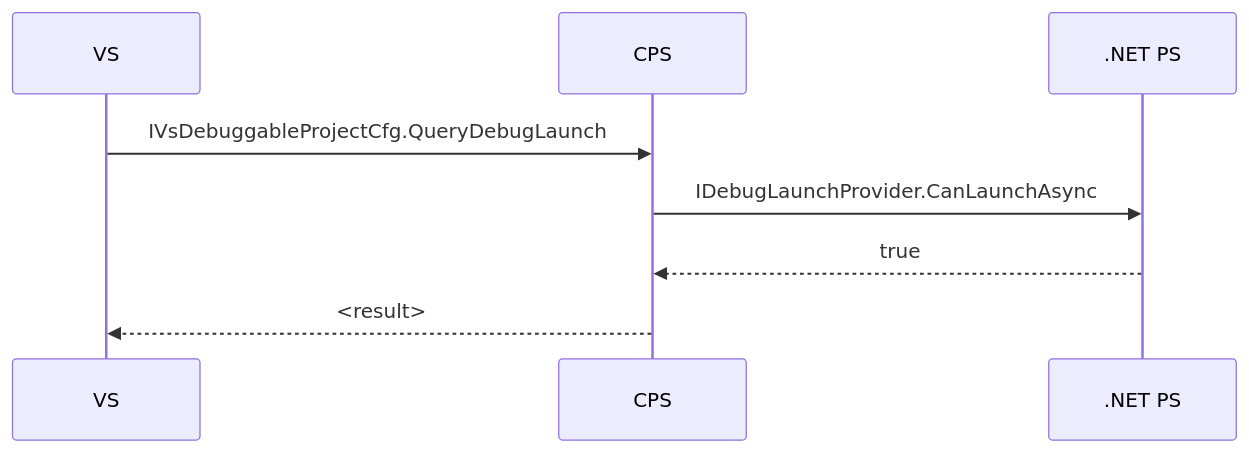
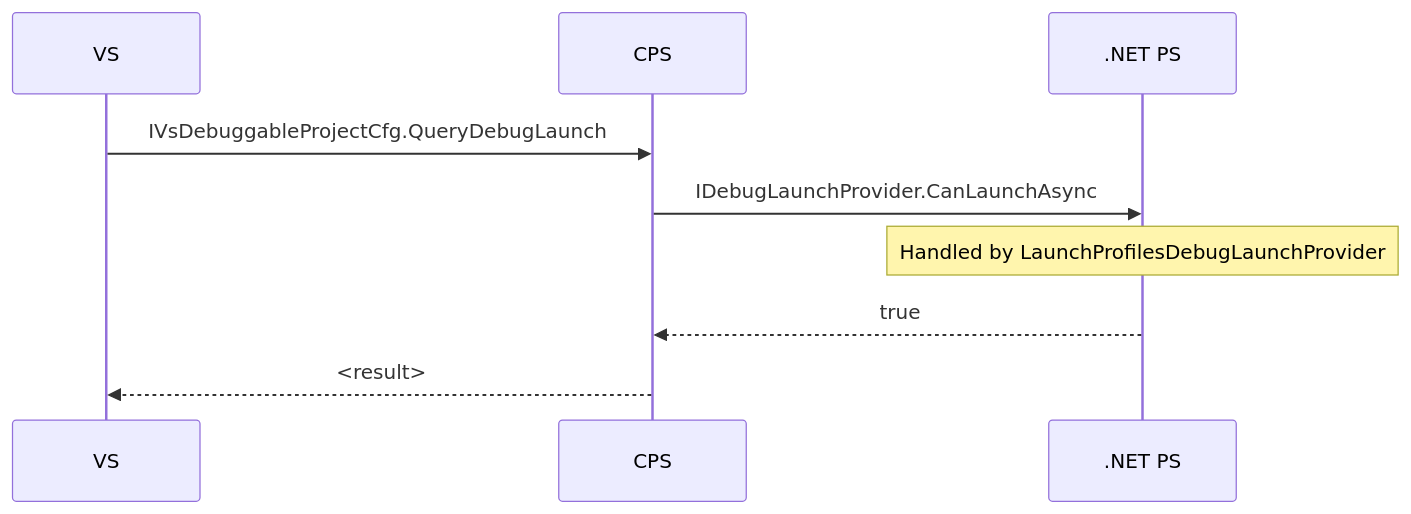
The second of 3 diagrams in src/VisualStudio/SDKProjects/docs/launch-flow.md (X-Sharp/XSharpPublic), drawn with Mermaid before and after one commit. The commit also changed other lines of this file and 492 other files, not shown here.

````diff
--- a/src/VisualStudio/SDKProjects/docs/launch-flow.md
+++ b/src/VisualStudio/SDKProjects/docs/launch-flow.md
@@ -46,12 +58,12 @@
 ```mermaid
 sequenceDiagram
   participant VS
   participant CPS
   participant .NET as .NET PS
 
-  
   VS->>CPS: IVsDebuggableProjectCfg.QueryDebugLaunch
   CPS->>.NET: IDebugLaunchProvider.CanLaunchAsync
+  NOTE over .NET: Handled by LaunchProfilesDebugLaunchProvider
   .NET-->>CPS: true
   CPS-->>VS: <result>
 ```
````
